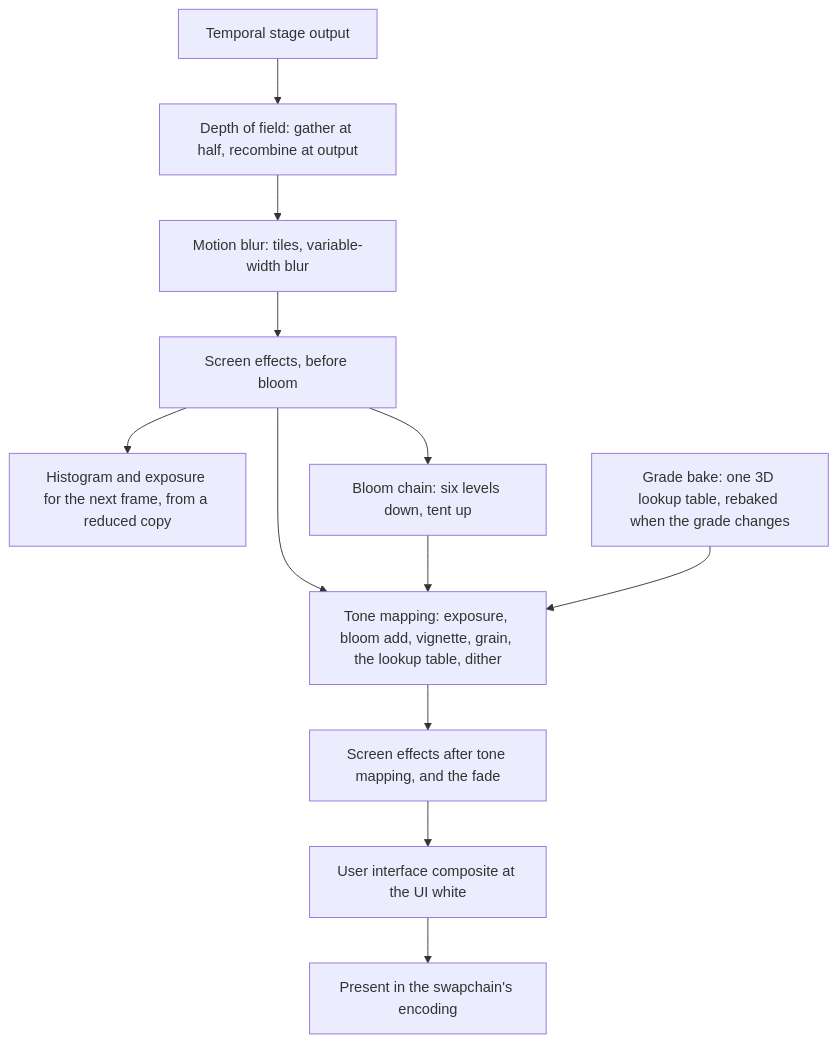
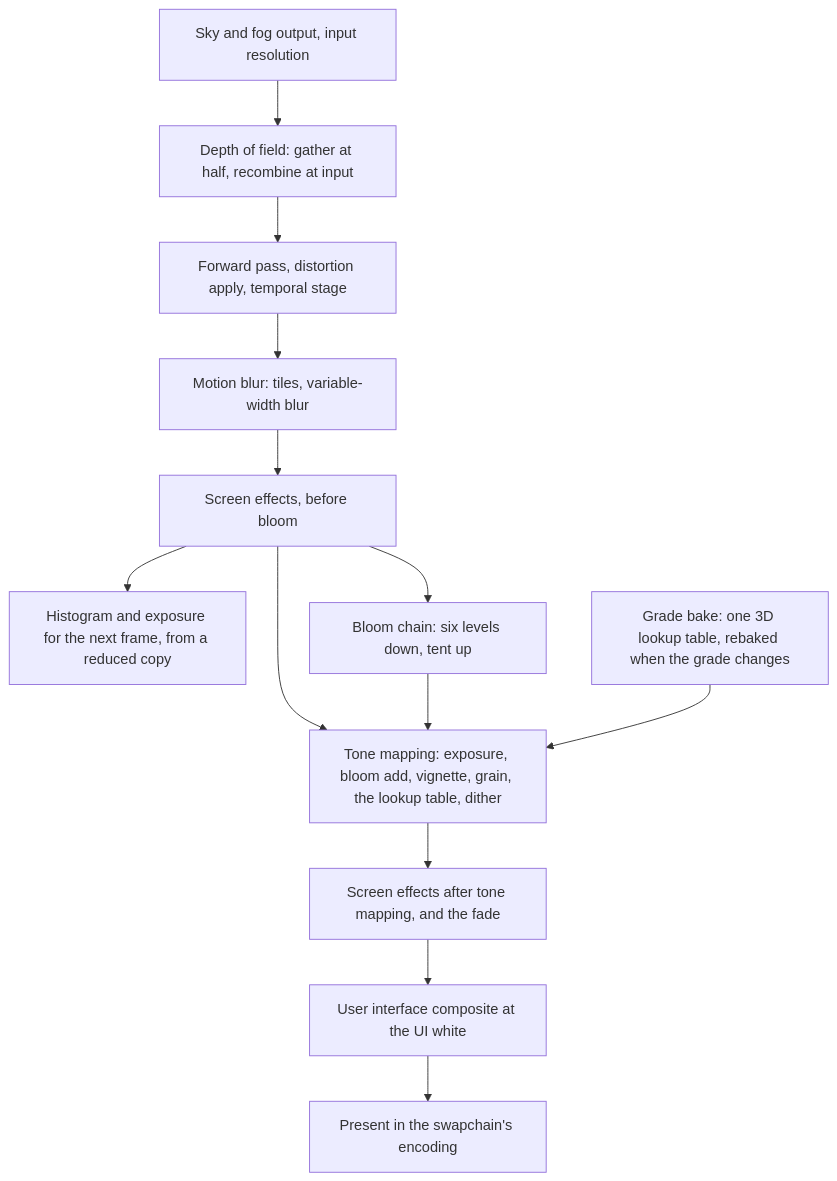
The second of 3 diagrams in docs/architecture/post-processing.md (plainsight-systems/bullet-witch), drawn with Mermaid before and after one commit. The commit also changed other lines of this file and 6 other files, not shown here.

First line of the commit message:
Order blended draws and decals on the CPU and run depth of field before the forward pass

````diff
--- a/docs/architecture/post-processing.md
+++ b/docs/architecture/post-processing.md
@@ -100,14 +108,15 @@
 ```mermaid
 flowchart TD
-    TS["Temporal stage output"] --> DF["Depth of field: gather at half, recombine at output"]
-    DF --> MB["Motion blur: tiles, variable-width blur"]
+    SF["Sky and fog output, input resolution"] --> DF["Depth of field: gather at half, recombine at input"]
+    DF --> FW["Forward pass, distortion apply, temporal stage"]
+    FW --> MB["Motion blur: tiles, variable-width blur"]
     MB --> E1["Screen effects, before bloom"]
     E1 --> HG["Histogram and exposure for the next frame, from a reduced copy"]
     E1 --> BL["Bloom chain: six levels down, tent up"]
     E1 --> TM["Tone mapping: exposure, bloom add, vignette, grain, the lookup table, dither"]
     BL --> TM
     GR["Grade bake: one 3D lookup table, rebaked when the grade changes"] --> TM
     TM --> E2["Screen effects after tone mapping, and the fade"]
     E2 --> UI["User interface composite at the UI white"]
     UI --> PR["Present in the swapchain's encoding"]
 ```
````
